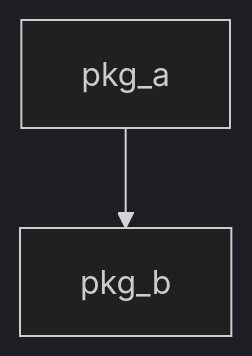
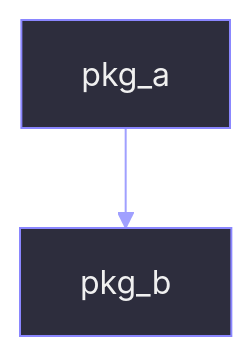
One commit to rdwornik/dev-knowledge changed the diagram in tests/fixtures/codemap-arch-clean/ARCHITECTURE.md. Above: the diagram before and after it, drawn with Mermaid. The commit also changed 2 other files, not shown here.

Commit message:
fix(architecture): high-contrast mermaid theme + explicit color overrides
Root cause: %%{init: {'theme':'dark'}}%% flips default text color toward
light. classDefs that set fill: to a light pastel but omit color: inherit
that light default, producing light text on light pastel = unreadable.
The layer-model block worked because its classDefs already pinned
color:#000/#222; the three process diagrams (workflow, council, handoff)
omitted color: and rendered gray-on-pastel.

Fix:
- scripts/codemap/mermaid_emit.py: emit custom themeVariables directive
  (base theme + dark-mode vars) and add explicit color: to every classDef
  in _ALL_CLASS_DEFS so generated codemaps are robust to theme changes.
- ARCHITECTURE.md: replace all 6 directives with the themeVariables form;
  add color:#000/#222 to workflow, council, and handoff classDefs.
- tests/fixtures/codemap-arch-clean: refresh expected output.

All 85 tests pass; ruff clean; audit health green.

````diff
--- a/tests/fixtures/codemap-arch-clean/ARCHITECTURE.md
+++ b/tests/fixtures/codemap-arch-clean/ARCHITECTURE.md
@@ -4,15 +4,15 @@
 ```mermaid
-%%{init: {'theme':'dark'}}%%
+%%{init: {'theme':'base', 'themeVariables': {'darkMode':true,'background':'#1a1a1a','primaryColor':'#2d2d3d','primaryTextColor':'#f0f0f0','primaryBorderColor':'#8a86ff','lineColor':'#a0a0ff','textColor':'#f0f0f0','mainBkg':'#2d2d3d','secondaryColor':'#3d2d3d','tertiaryColor':'#22323a','clusterBkg':'#222232','clusterBorder':'#555577','edgeLabelBackground':'#1a1a1a','titleColor':'#f0f0f0','nodeBorder':'#8a86ff'}}}%%
 flowchart TD
     pkg_a[pkg_a]
     pkg_b[pkg_b]
     pkg_a --> pkg_b
-    classDef foundation fill:#e8e8e8,stroke:#888
-    classDef core fill:#bde0fe,stroke:#1971c2
-    classDef orchestration fill:#a5d8ff,stroke:#1971c2
-    classDef interface fill:#74c0fc,stroke:#1864ab
-    classDef orphan fill:#fff5f5,stroke:#fa5252,stroke-dasharray:4 4
+    classDef foundation fill:#e8e8e8,stroke:#888,color:#222
+    classDef core fill:#bde0fe,stroke:#1971c2,color:#000
+    classDef orchestration fill:#a5d8ff,stroke:#1971c2,color:#000
+    classDef interface fill:#74c0fc,stroke:#1864ab,color:#000
+    classDef orphan fill:#fff5f5,stroke:#fa5252,stroke-dasharray:4 4,color:#222
     classDef cycle stroke:#e03131,stroke-width:2px
     click pkg_a href "src/pkg_a/" "Open pkg_a"
     click pkg_b href "src/pkg_b/" "Open pkg_b"
 ```
````
